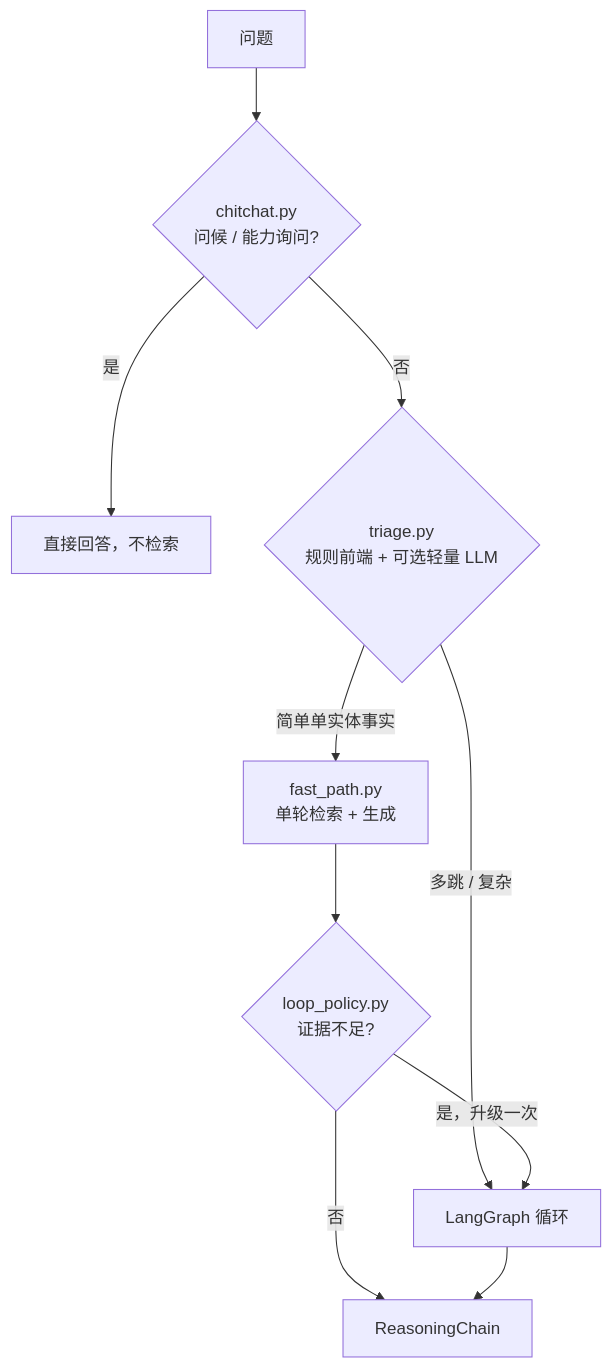
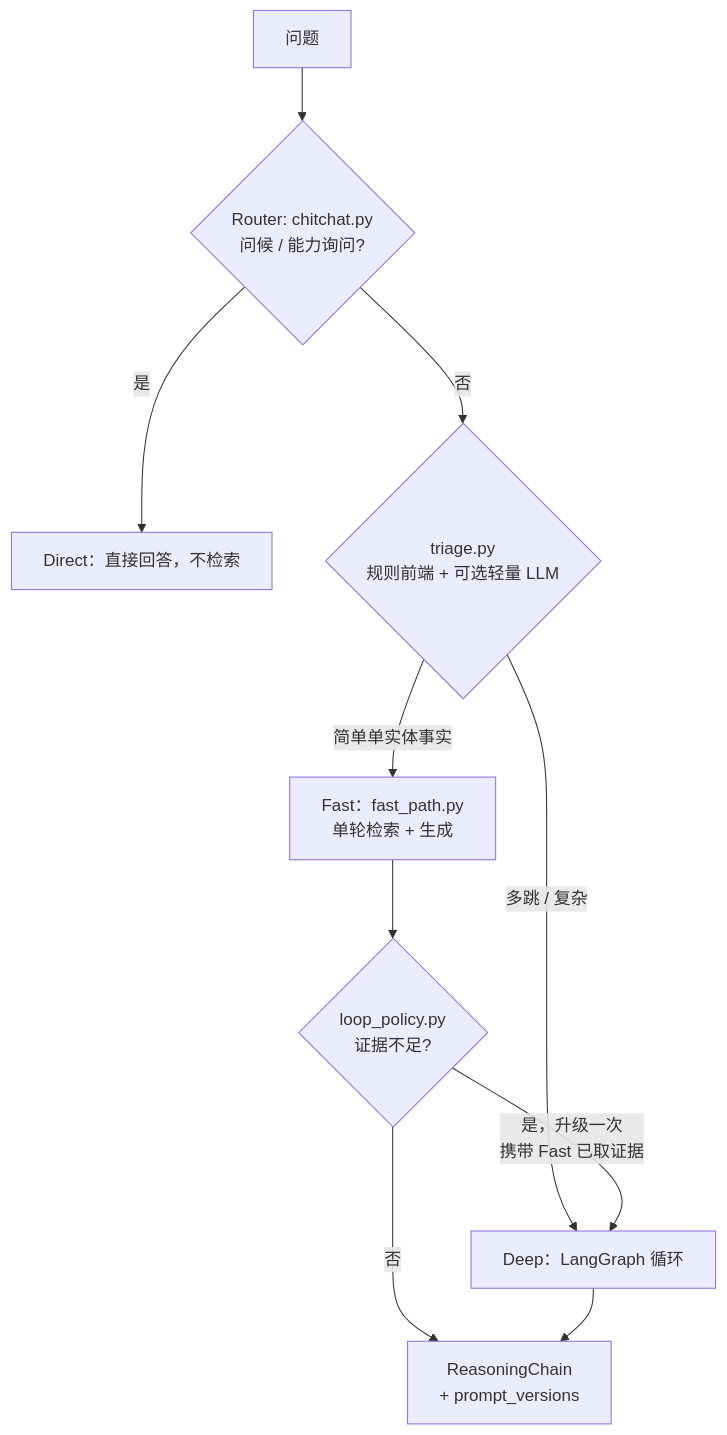
One commit to RightCloudhub/AG changed the third of 17 diagrams in docs/ARCHITECTURE.md. Above: the diagram before and after it, drawn with Mermaid. The commit also changed other lines of this file and 154 other files, not shown here.

Commit message:
fix(stores): implement Neo4jGraphStore.list_entities and add it to GraphStore protocol

````diff
--- a/docs/ARCHITECTURE.md
+++ b/docs/ARCHITECTURE.md
@@ -103,12 +123,12 @@
 ```mermaid
 flowchart TD
-    Q["问题"] --> CC{"chitchat.py<br/>问候 / 能力询问?"}
-    CC -->|是| DIRECT["直接回答，不检索"]
+    Q["问题"] --> CC{"Router: chitchat.py<br/>问候 / 能力询问?"}
+    CC -->|是| DIRECT["Direct：直接回答，不检索"]
     CC -->|否| TR{"triage.py<br/>规则前端 + 可选轻量 LLM"}
-    TR -->|简单单实体事实| FP["fast_path.py<br/>单轮检索 + 生成"]
-    TR -->|多跳 / 复杂| AG["LangGraph 循环"]
+    TR -->|简单单实体事实| FP["Fast：fast_path.py<br/>单轮检索 + 生成"]
+    TR -->|多跳 / 复杂| AG["Deep：LangGraph 循环"]
     FP --> ESC{"loop_policy.py<br/>证据不足?"}
-    ESC -->|是，升级一次| AG
-    ESC -->|否| OUT["ReasoningChain"]
+    ESC -->|是，升级一次<br/>携带 Fast 已取证据| AG
+    ESC -->|否| OUT["ReasoningChain<br/>+ prompt_versions"]
     AG --> OUT
 ```
````
